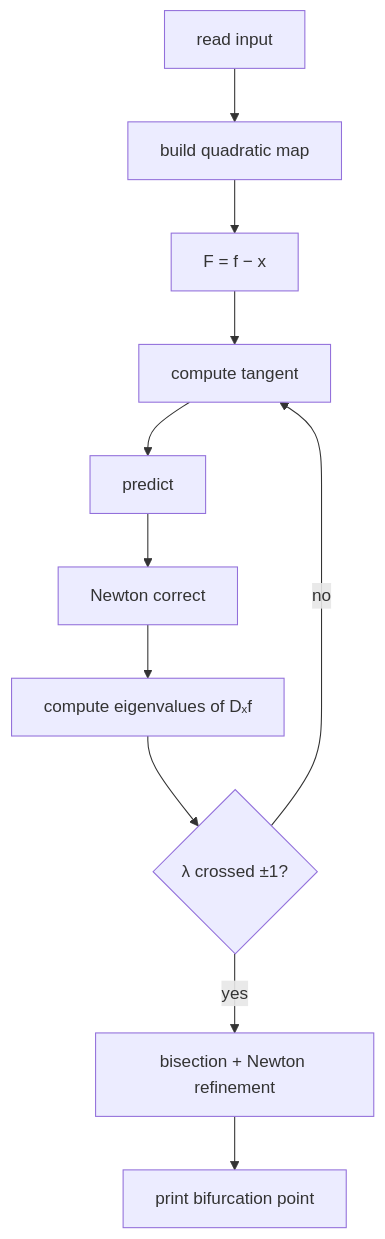
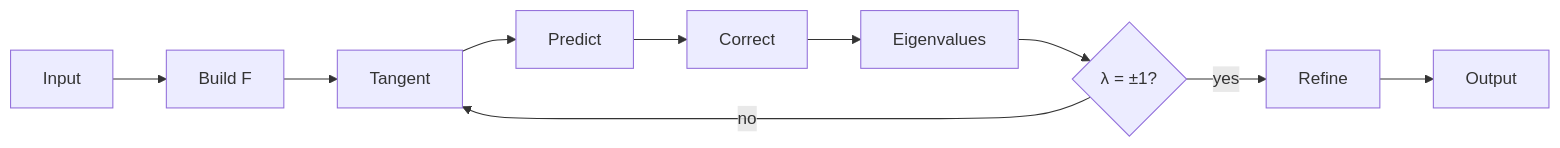
One commit to viktoriia-competitive/bifurcation-continuation-solver changed the third of 3 diagrams in README.md. Above: the diagram before and after it, drawn with Mermaid. The commit also changed other lines of this file, not shown here.

First line of the commit message:
Refine README content and mathematical expressions

````diff
--- a/README.md
+++ b/README.md
@@ -204,13 +183,12 @@
 ```mermaid
-flowchart TD
-    A["read input"] --> B["build quadratic map"]
-    B --> C["F = f − x"]
-    C --> D["compute tangent"]
-    D --> E["predict"]
-    E --> F["Newton correct"]
-    F --> G["compute eigenvalues of Dₓf"]
-    G --> H{"λ crossed ±1?"}
-    H -- no --> D
-    H -- yes --> I["bisection + Newton refinement"]
-    I --> J["print bifurcation point"]
+flowchart LR
+    A["Input"] --> B["Build F"]
+    B --> C["Tangent"]
+    C --> D["Predict"]
+    D --> E["Correct"]
+    E --> F["Eigenvalues"]
+    F --> G{"λ = ±1?"}
+    G -- no --> C
+    G -- yes --> H["Refine"]
+    H --> I["Output"]
 ```
````
